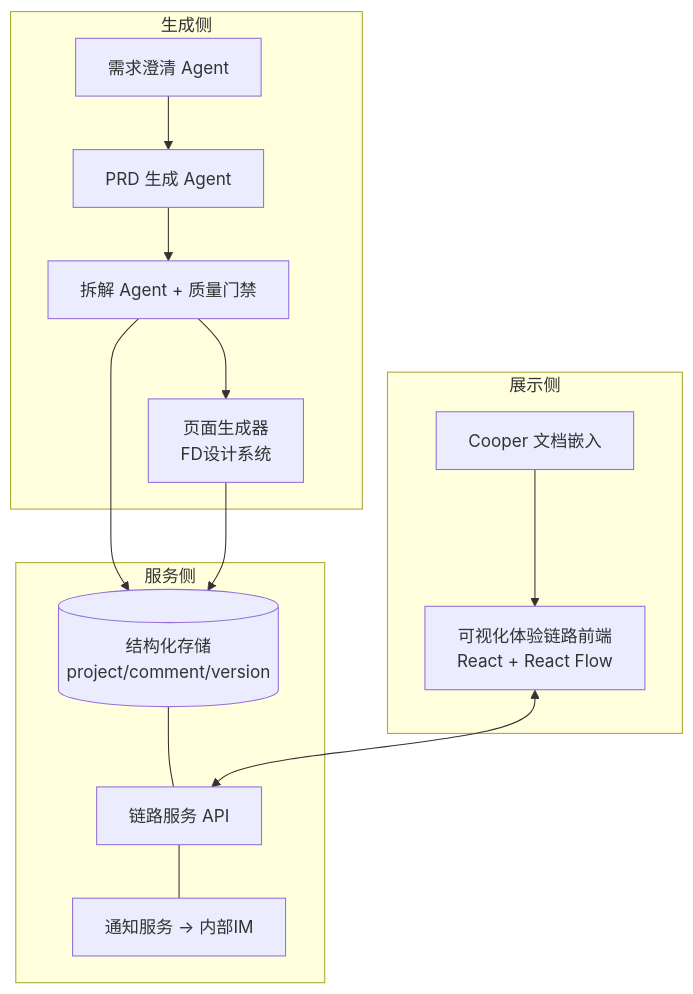
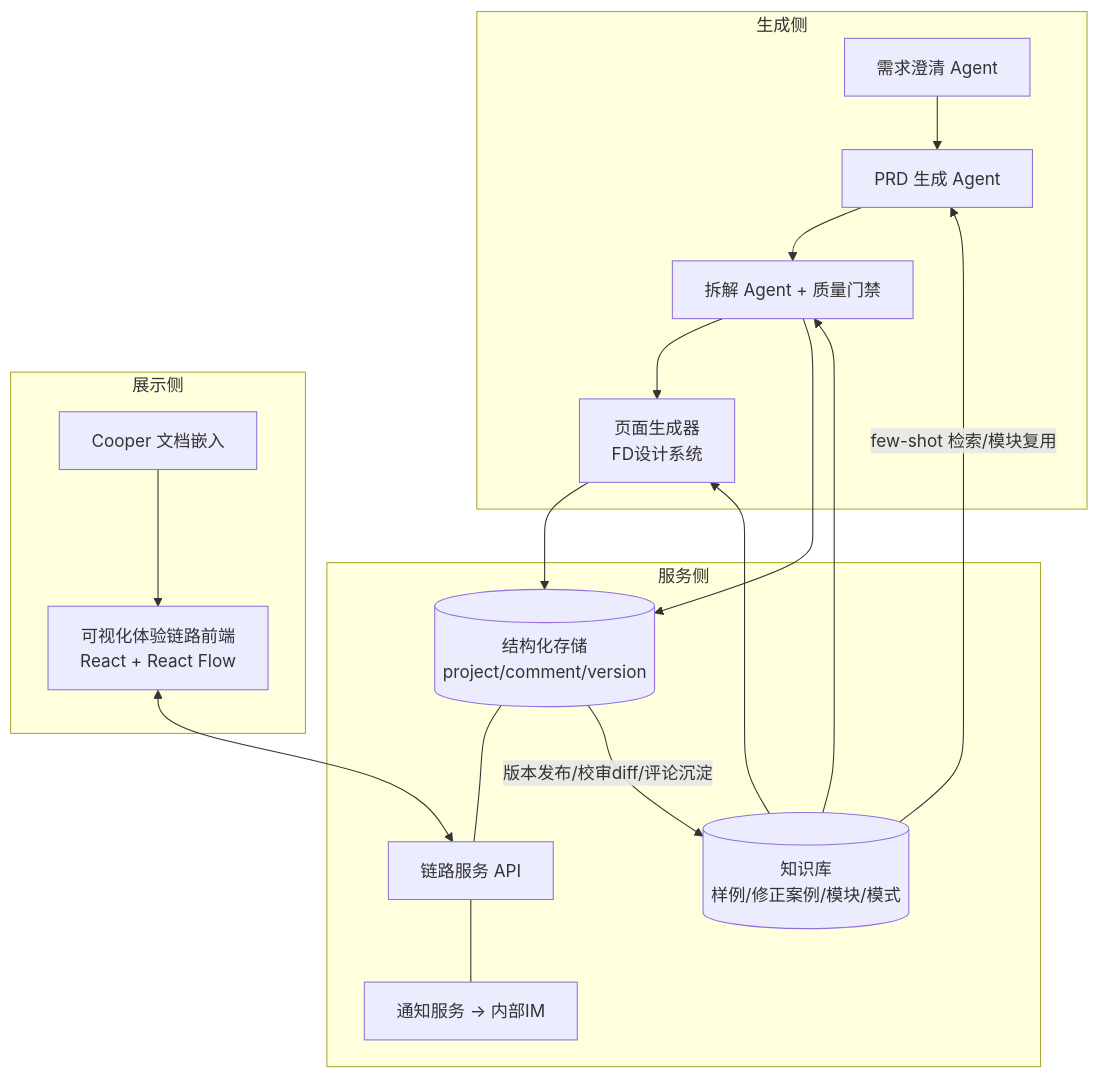
One commit to lmqinsydney-lab/UX-Process-Map changed the second of 2 diagrams in docs/从一句话到可视化体验链路-项目方案.md. Above: the diagram before and after it, drawn with Mermaid. The commit also changed other lines of this file, not shown here.

````diff
--- a/docs/从一句话到可视化体验链路-项目方案.md
+++ b/docs/从一句话到可视化体验链路-项目方案.md
@@ -193,22 +219,27 @@
 ```mermaid
 flowchart TB
     subgraph 生成侧
       S1[需求澄清 Agent] --> S2[PRD 生成 Agent]
       S2 --> S3[拆解 Agent + 质量门禁]
       S3 --> S4[页面生成器\nFD设计系统]
     end
     subgraph 服务侧
       DB[(结构化存储\nproject/comment/version)]
+      KB[(知识库\n样例/修正案例/模块/模式)]
       API[链路服务 API]
       NT[通知服务 → 内部IM]
       DB --- API --- NT
     end
     subgraph 展示侧
       FE[可视化体验链路前端\nReact + React Flow]
       CP[Cooper 文档嵌入]
     end
     S3 --> DB
     S4 --> DB
+    DB -->|版本发布/校审diff/评论沉淀| KB
+    KB -->|few-shot 检索/模块复用| S2
+    KB --> S3
+    KB --> S4
     FE <--> API
     CP --> FE
 ```
````
